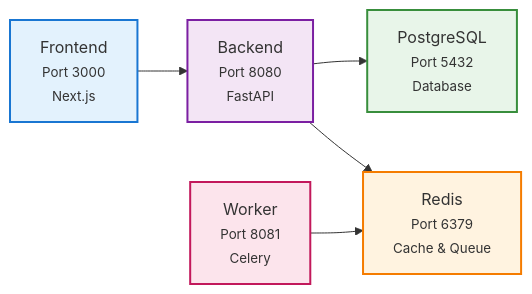
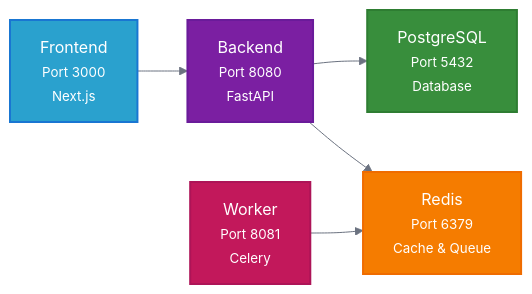
Before and after one commit to rhesis-ai/rhesis: the diagram in docs/content/getting-started/self-hosting.mdx, drawn with Mermaid. The commit also changed other lines of this file and 6 other files, not shown here.

````diff
--- a/docs/content/getting-started/self-hosting.mdx
+++ b/docs/content/getting-started/self-hosting.mdx
@@ -482,19 +159,20 @@
 ```mermaid
+%%{init: {'theme':'base', 'themeVariables': { 'primaryColor':'#2AA1CE', 'primaryTextColor':'#fff', 'primaryBorderColor':'#2AA1CE', 'lineColor':'#6B7280', 'secondaryColor':'#50B9E0', 'tertiaryColor':'#97D5EE', 'background':'#ffffff', 'mainBkg':'#f9fafb', 'secondBkg':'#f3f4f6', 'textColor':'#3D3D3D', 'border1':'#e5e7eb', 'border2':'#d1d5db'}}}%%
 graph LR
     Frontend["Frontend<br/><small>Port 3000<br/>Next.js</small>"]
     Backend["Backend<br/><small>Port 8080<br/>FastAPI</small>"]
     PostgreSQL["PostgreSQL<br/><small>Port 5432<br/>Database</small>"]
     Redis["Redis<br/><small>Port 6379<br/>Cache & Queue</small>"]
     Worker["Worker<br/><small>Port 8081<br/>Celery</small>"]
     
     Frontend --> Backend
     Backend --> PostgreSQL
     Backend --> Redis
     Worker --> Redis
     
-    style Frontend fill:#e3f2fd,stroke:#1976d2,stroke-width:2px
-    style Backend fill:#f3e5f5,stroke:#7b1fa2,stroke-width:2px
-    style PostgreSQL fill:#e8f5e9,stroke:#388e3c,stroke-width:2px
-    style Redis fill:#fff3e0,stroke:#f57c00,stroke-width:2px
-    style Worker fill:#fce4ec,stroke:#c2185b,stroke-width:2px
+    style Frontend fill:#2AA1CE,stroke:#1976d2,stroke-width:2px,color:#fff
+    style Backend fill:#7b1fa2,stroke:#6a1b9a,stroke-width:2px,color:#fff
+    style PostgreSQL fill:#388e3c,stroke:#2e7d32,stroke-width:2px,color:#fff
+    style Redis fill:#f57c00,stroke:#ef6c00,stroke-width:2px,color:#fff
+    style Worker fill:#c2185b,stroke:#ad1457,stroke-width:2px,color:#fff
 ```
````
